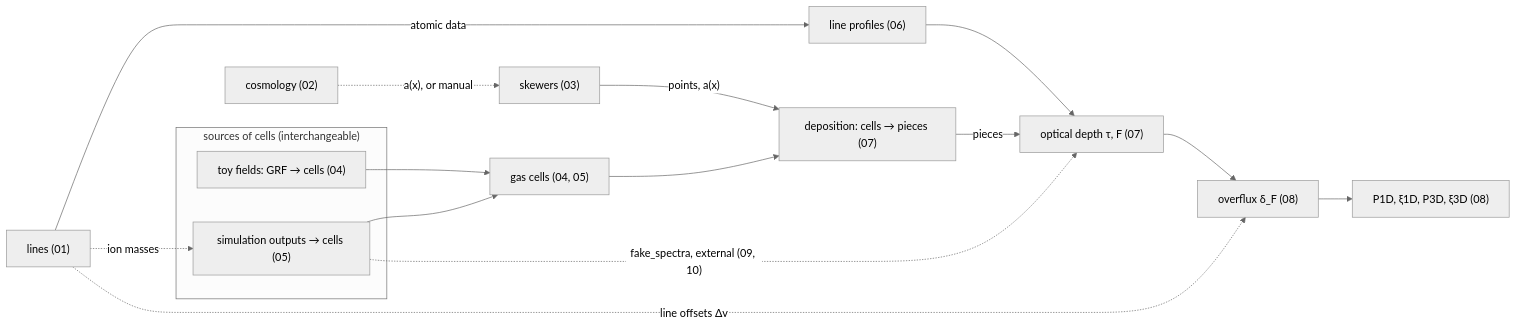
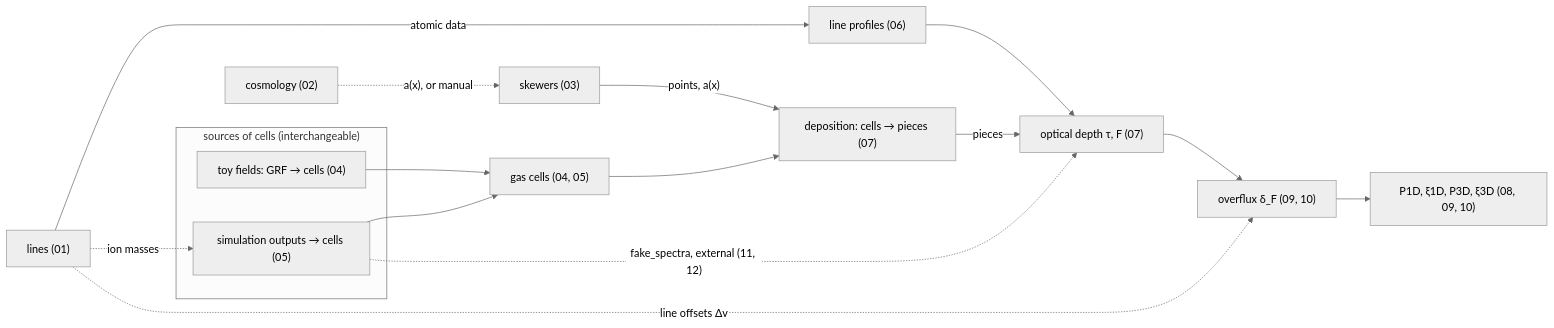
One commit to daniellopezcano/SkewerJAX changed the third of 3 diagrams in README.md. Above: the diagram before and after it, drawn with Mermaid (neutral theme). The commit also changed other lines of this file and 25 other files, not shown here.

````diff
--- a/README.md
+++ b/README.md
@@ -274,20 +274,20 @@
 ```mermaid
 flowchart LR
     L["lines (01)"] -- "atomic data" --> LP["line profiles (06)"]
     LP --> T["optical depth τ, F (07)"]
     C["cosmology (02)"] -. "a(x), or manual" .-> K["skewers (03)"]
     subgraph SRC["sources of cells (interchangeable)"]
         TS["toy fields: GRF → cells (04)"]
         SIM["simulation outputs → cells (05)"]
     end
     L -. "ion masses" .-> SIM
     TS --> F["gas cells (04, 05)"]
     SIM --> F
     F --> D["deposition: cells → pieces (07)"]
     K -- "points, a(x)" --> D
     D -- pieces --> T
-    T --> O["overflux δ_F (08)"]
+    T --> O["overflux δ_F (09, 10)"]
     L -. "line offsets Δv" .-> O
-    O --> P["P1D, ξ1D, P3D, ξ3D (08)"]
-    SIM -. "fake_spectra, external (09, 10)" .-> T
+    O --> P["P1D, ξ1D, P3D, ξ3D (08, 09, 10)"]
+    SIM -. "fake_spectra, external (11, 12)" .-> T
 ```
````
